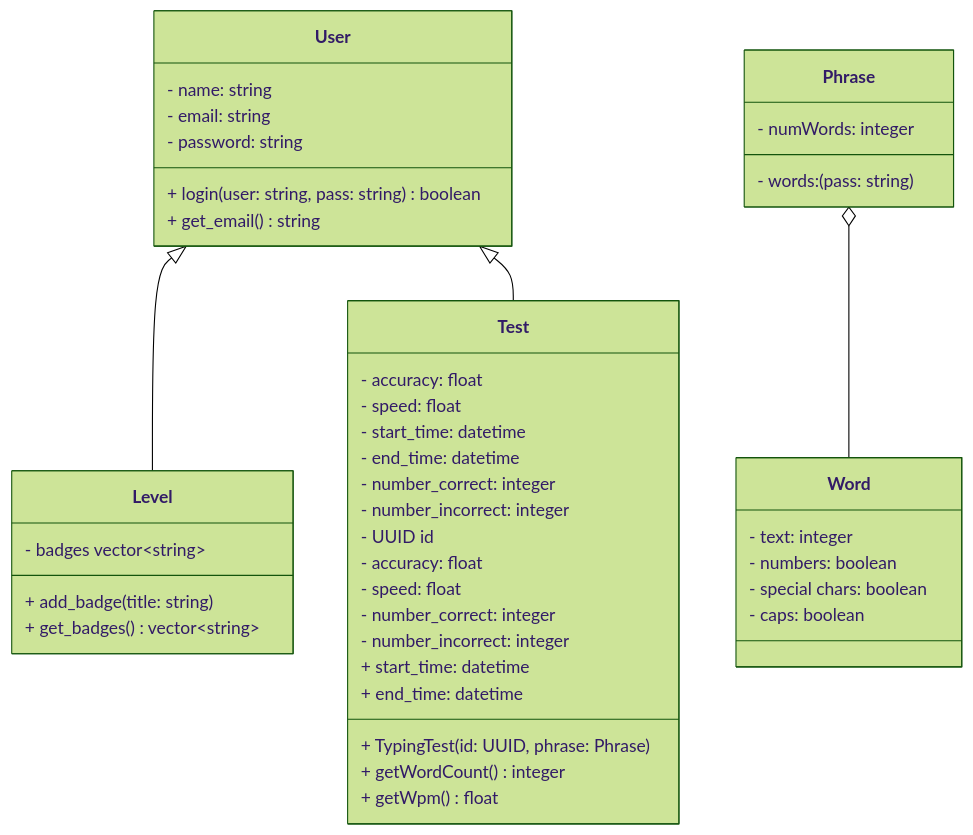
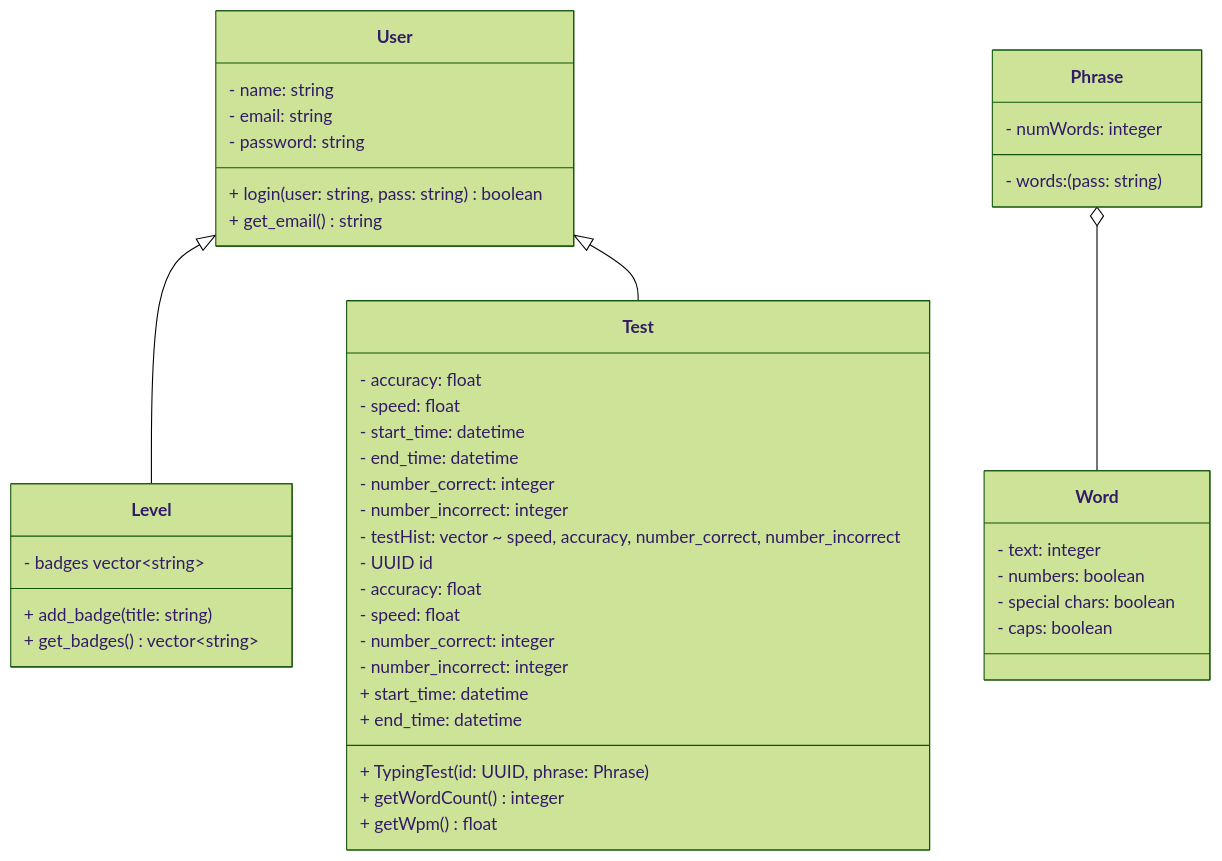
One commit to Ultramas/tippitytappity-design changed the diagram in README.md. Above: the diagram before and after it, drawn with Mermaid (forest theme).

````diff
--- a/README.md
+++ b/README.md
@@ -8,54 +8,55 @@
 ```mermaid
 classDiagram
   User <|-- Level
   User <|-- Test
   class User{
         - name: string
         - email: string
         - password: string
         + login(user: string, pass: string) boolean
         + get_email() string
   }
   class Level{
         - badges vector~string~
         + add_badge(title: string)
         + get_badges() vector~string~
   }
 
   Phrase o-- Word
   class Phrase{
         - words: (pass: string)
         - numWords: integer
   }
   class Word{
         - text: integer
         - numbers: boolean
         - special chars: boolean
         - caps: boolean
   }
 
   class Test{
         - accuracy: float
         - speed: float
         - start_time: datetime
         - end_time: datetime
         - number_correct: integer
         - number_incorrect: integer
+        - testHist: vector ~ speed, accuracy, number_correct, number_incorrect
   }
   
   class Test{
         - UUID id
         - accuracy: float
         - speed: float
         - number_correct: integer
         - number_incorrect: integer
         + TypingTest(id: UUID, phrase: Phrase)
         + start_time: datetime
         + end_time: datetime
         + getWordCount() integer
         + getWpm() float
   }
 
   
 
 ```
````
